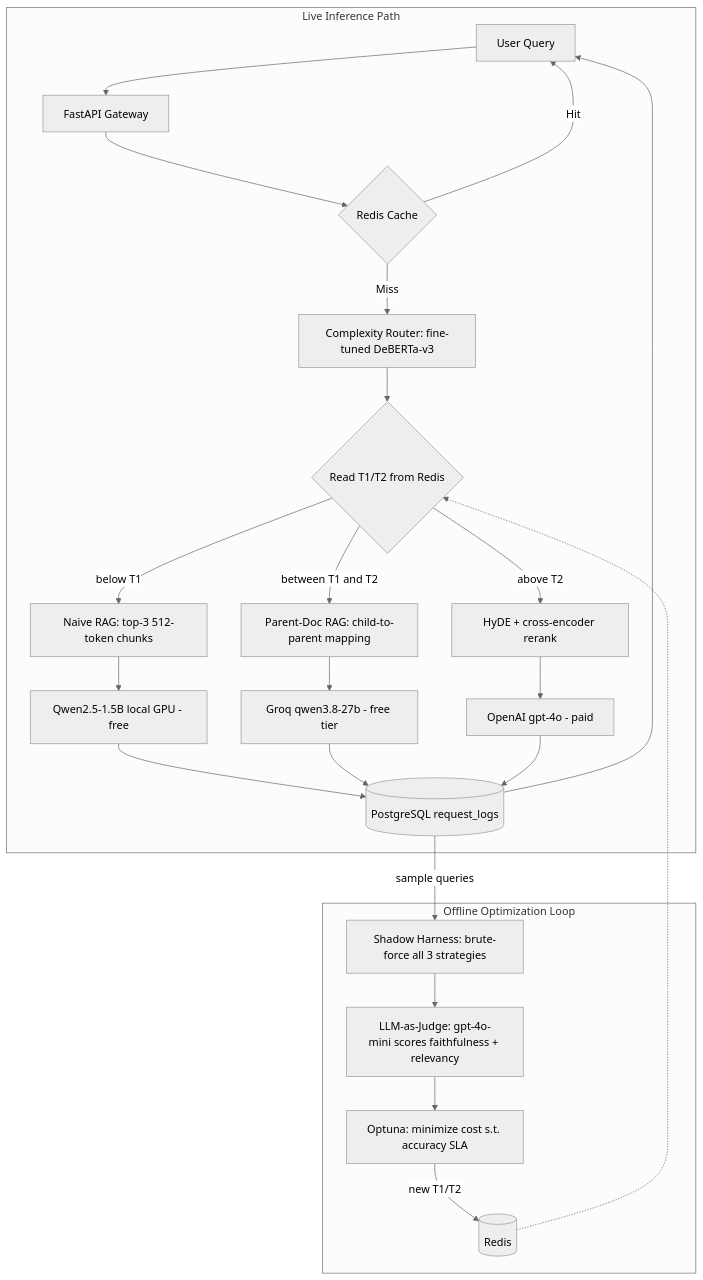
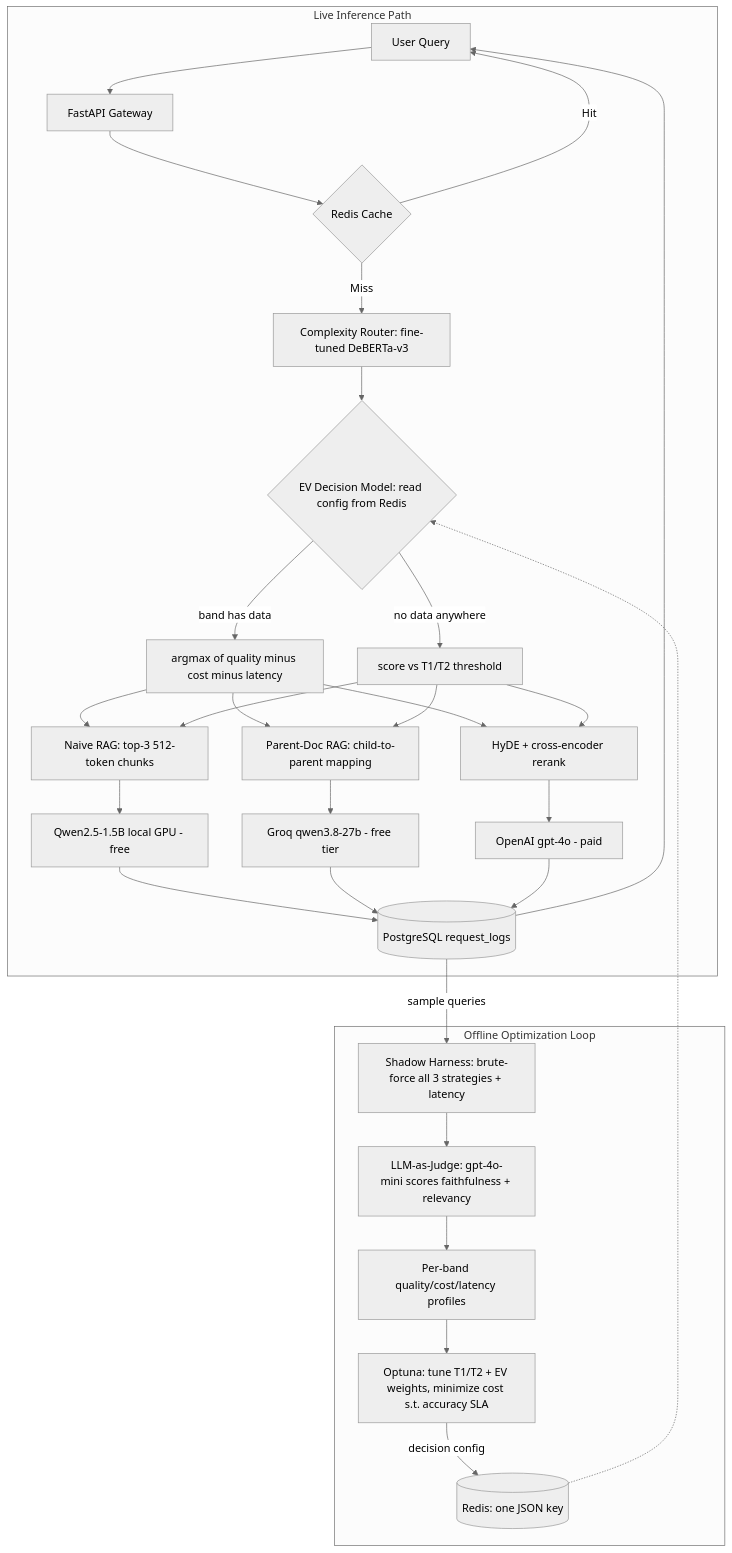
Before and after one commit to saikirankolchelma/Meta_Rag: the diagram in README.md, drawn with Mermaid (neutral theme). The commit also changed other lines of this file and 10 other files, not shown here.

````diff
--- a/README.md
+++ b/README.md
@@ -11,29 +11,35 @@
 ```mermaid
 graph TD
     User[User Query] --> Gateway[FastAPI Gateway]
 
     subgraph Live [Live Inference Path]
         Gateway --> Cache{Redis Cache}
         Cache -- Hit --> User
         Cache -- Miss --> Router[Complexity Router: fine-tuned DeBERTa-v3]
-        Router --> Thresholds{Read T1/T2 from Redis}
-        Thresholds -- below T1 --> Naive[Naive RAG: top-3 512-token chunks]
-        Thresholds -- between T1 and T2 --> Parent[Parent-Doc RAG: child-to-parent mapping]
-        Thresholds -- above T2 --> HyDE[HyDE + cross-encoder rerank]
+        Router --> Decision{EV Decision Model: read config from Redis}
+        Decision -- band has data --> EV[argmax of quality minus cost minus latency]
+        Decision -- no data anywhere --> Fallback[score vs T1/T2 threshold]
+        EV --> Naive[Naive RAG: top-3 512-token chunks]
+        EV --> Parent[Parent-Doc RAG: child-to-parent mapping]
+        EV --> HyDE[HyDE + cross-encoder rerank]
+        Fallback --> Naive
+        Fallback --> Parent
+        Fallback --> HyDE
 
         Naive --> Gen1[Qwen2.5-1.5B local GPU - free]
         Parent --> Gen2[Groq qwen3.8-27b - free tier]
         HyDE --> Gen3[OpenAI gpt-4o - paid]
 
         Gen1 & Gen2 & Gen3 --> Log[(PostgreSQL request_logs)]
         Log --> User
     end
 
     subgraph Offline [Offline Optimization Loop]
-        Log -- sample queries --> Harness[Shadow Harness: brute-force all 3 strategies]
+        Log -- sample queries --> Harness[Shadow Harness: brute-force all 3 strategies + latency]
         Harness --> Judge[LLM-as-Judge: gpt-4o-mini scores faithfulness + relevancy]
-        Judge --> Opt[Optuna: minimize cost s.t. accuracy SLA]
-        Opt -- new T1/T2 --> Redis[(Redis)]
-        Redis -.-> Thresholds
+        Judge --> Profiles[Per-band quality/cost/latency profiles]
+        Profiles --> Opt[Optuna: tune T1/T2 + EV weights, minimize cost s.t. accuracy SLA]
+        Opt -- decision config --> Redis[(Redis: one JSON key)]
+        Redis -.-> Decision
     end
 ```
````
